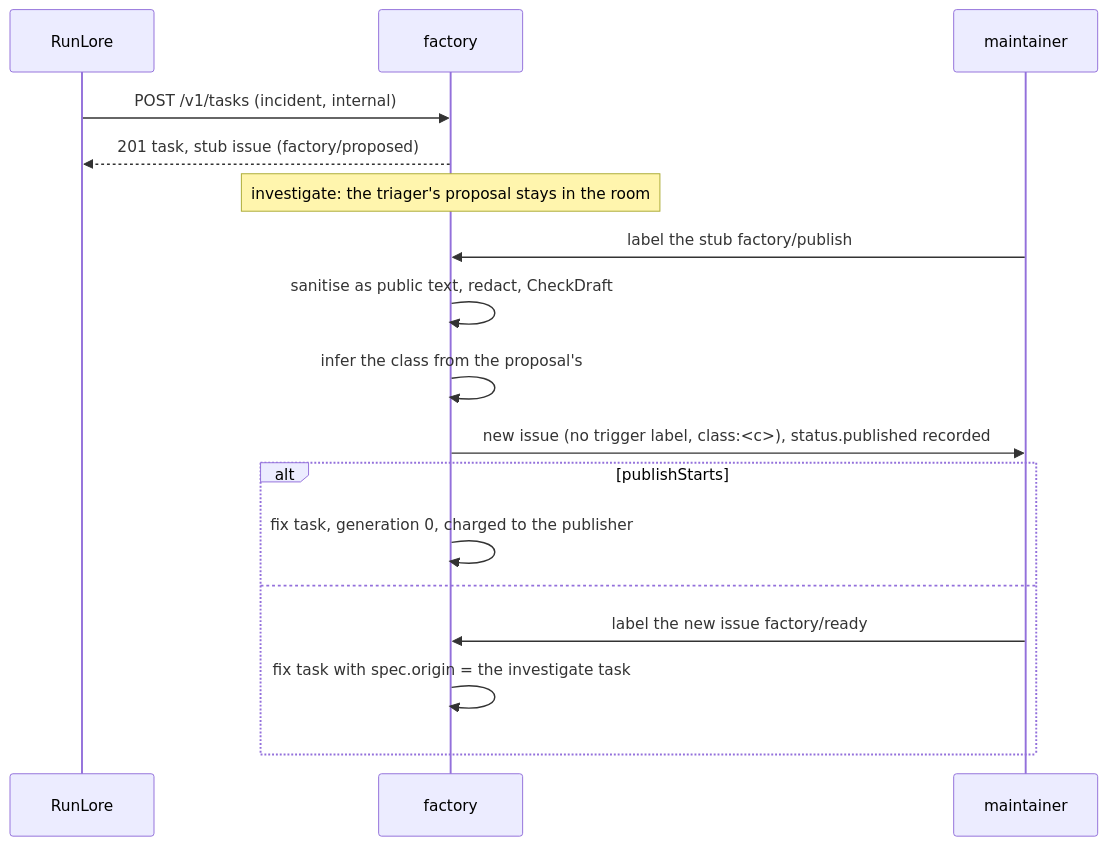
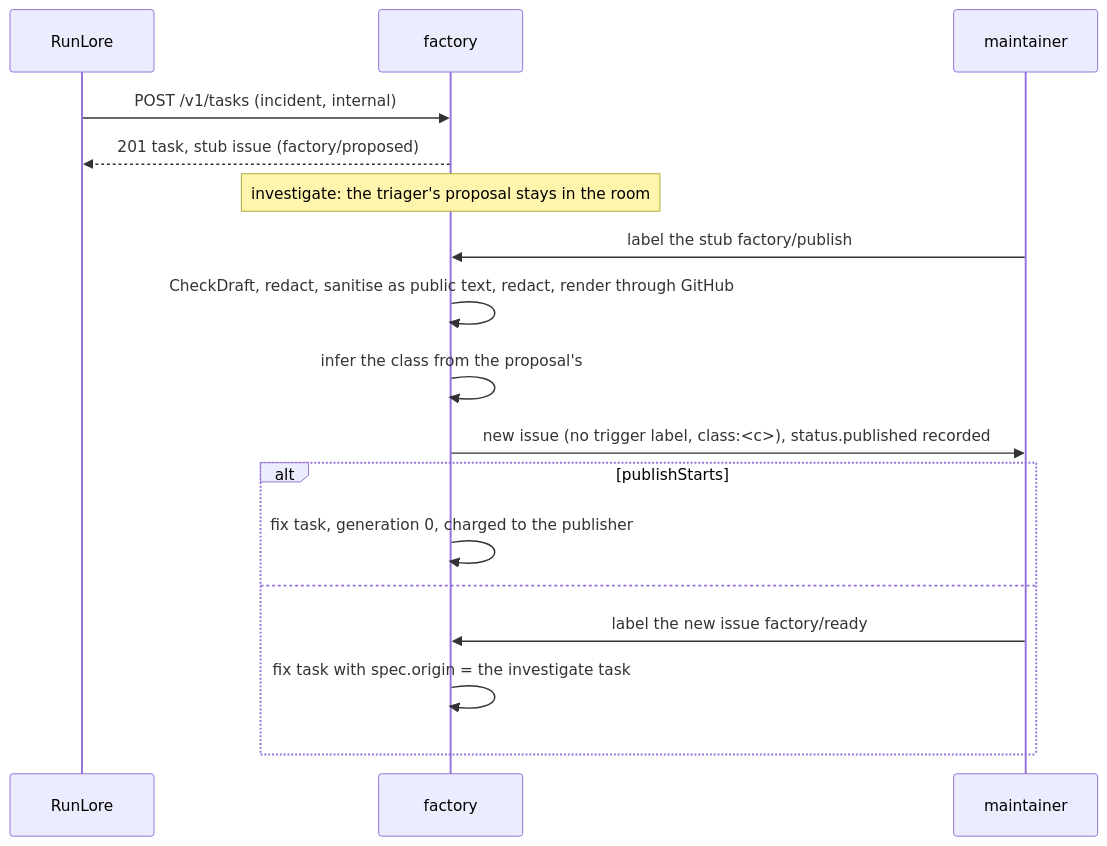
The seventh of 8 diagrams in docs/factory.md (Smana/maku), drawn with Mermaid before and after one commit. The commit also changed other lines of this file and 13 other files, not shown here.

````diff
--- a/docs/factory.md
+++ b/docs/factory.md
@@ -696,19 +696,19 @@
 ```mermaid
 sequenceDiagram
   participant R as RunLore
   participant F as factory
   participant M as maintainer
   R->>F: POST /v1/tasks (incident, internal)
   F-->>R: 201 task, stub issue (factory/proposed)
   Note over F: investigate: the triager's proposal stays in the room
   M->>F: label the stub factory/publish
-  F->>F: sanitise as public text, redact, CheckDraft
+  F->>F: CheckDraft, redact, sanitise as public text, redact, render through GitHub
   F->>F: infer the class from the proposal's ## Files
   F->>M: new issue (no trigger label, class:<c>), status.published recorded
   alt publishStarts
     F->>F: fix task, generation 0, charged to the publisher
   else
     M->>F: label the new issue factory/ready
     F->>F: fix task with spec.origin = the investigate task
   end
 ```
````
